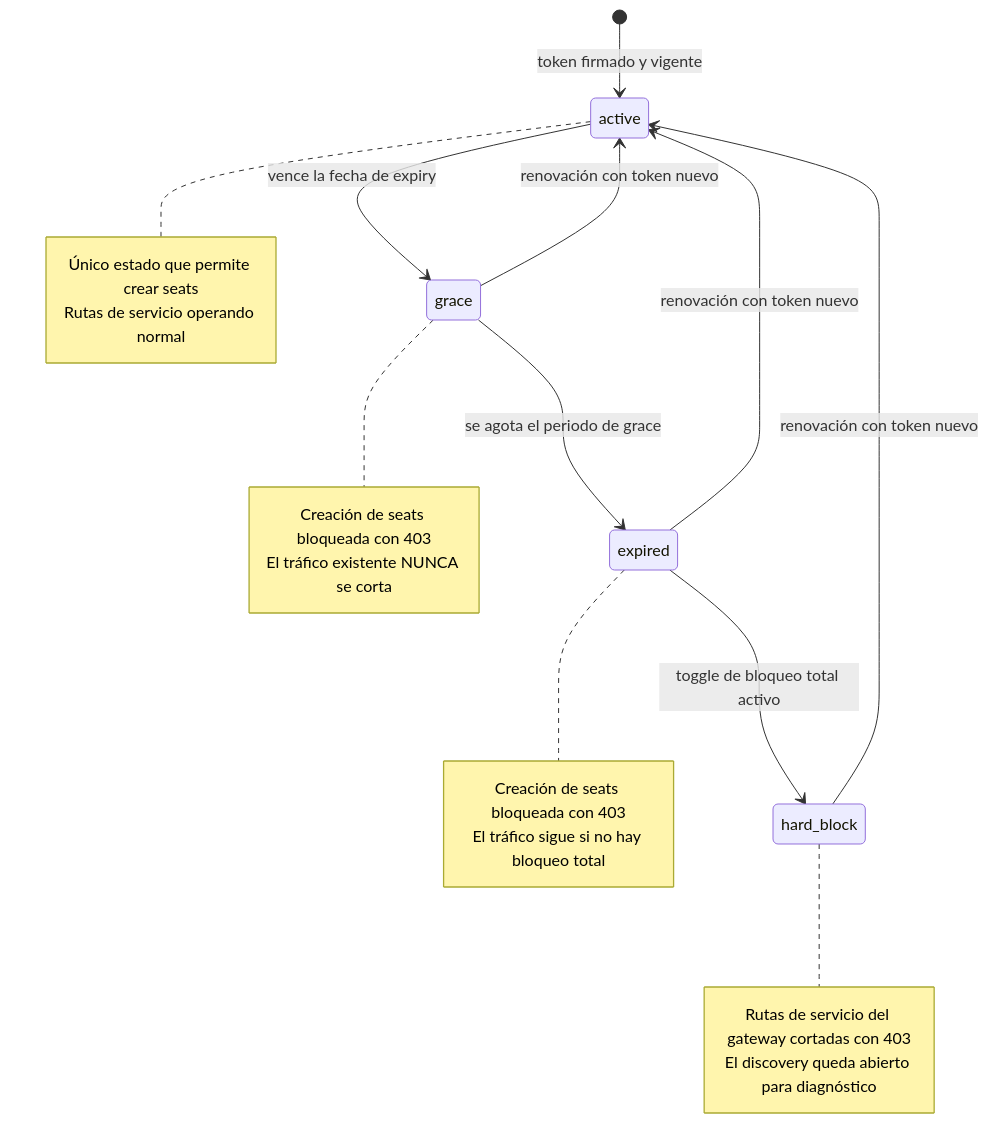
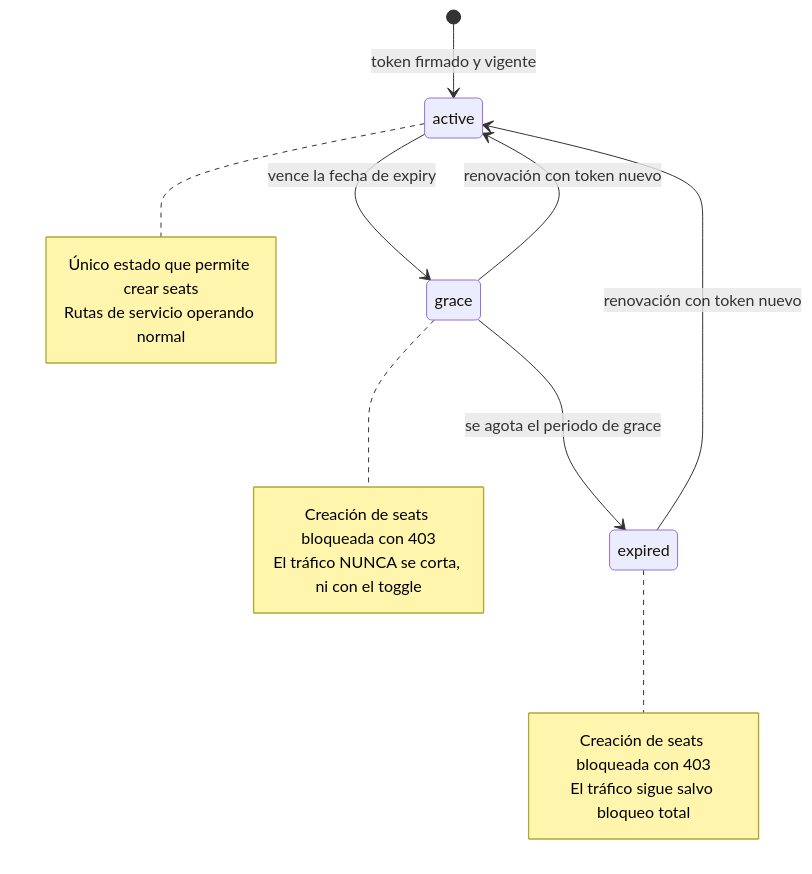
The first of 2 diagrams in docs/docs/install-deploy/licensing.md (cluna-8/elea), drawn with Mermaid before and after one commit. The commit also changed other lines of this file and 9 other files, not shown here.

First line of the commit message:
docs(devrel): norma de diagramas + gate de drift doc↔código con bordes declarados + correcciones de drift (#188)

````diff
--- a/docs/docs/install-deploy/licensing.md
+++ b/docs/docs/install-deploy/licensing.md
@@ -33,26 +33,20 @@
 ```mermaid
 stateDiagram-v2
     [*] --> active : token firmado y vigente
     active --> grace : vence la fecha de expiry
     grace --> expired : se agota el periodo de grace
     grace --> active : renovación con token nuevo
     expired --> active : renovación con token nuevo
-    expired --> hard_block : toggle de bloqueo total activo
-    hard_block --> active : renovación con token nuevo
     note right of active
         Único estado que permite crear seats
         Rutas de servicio operando normal
     end note
     note right of grace
         Creación de seats bloqueada con 403
-        El tráfico existente NUNCA se corta
+        El tráfico NUNCA se corta, ni con el toggle
     end note
     note right of expired
         Creación de seats bloqueada con 403
-        El tráfico sigue si no hay bloqueo total
-    end note
-    note right of hard_block
-        Rutas de servicio del gateway cortadas con 403
-        El discovery queda abierto para diagnóstico
+        El tráfico sigue salvo bloqueo total
     end note
 ```
````
